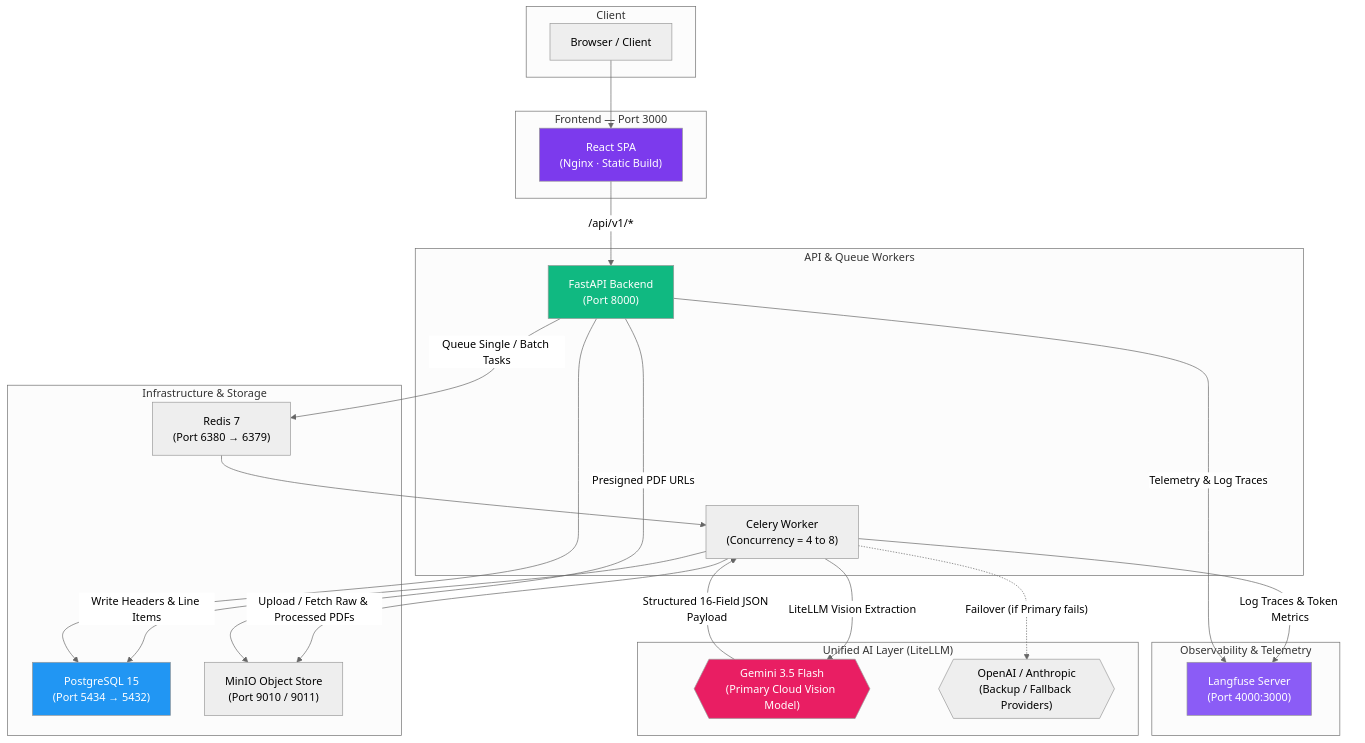
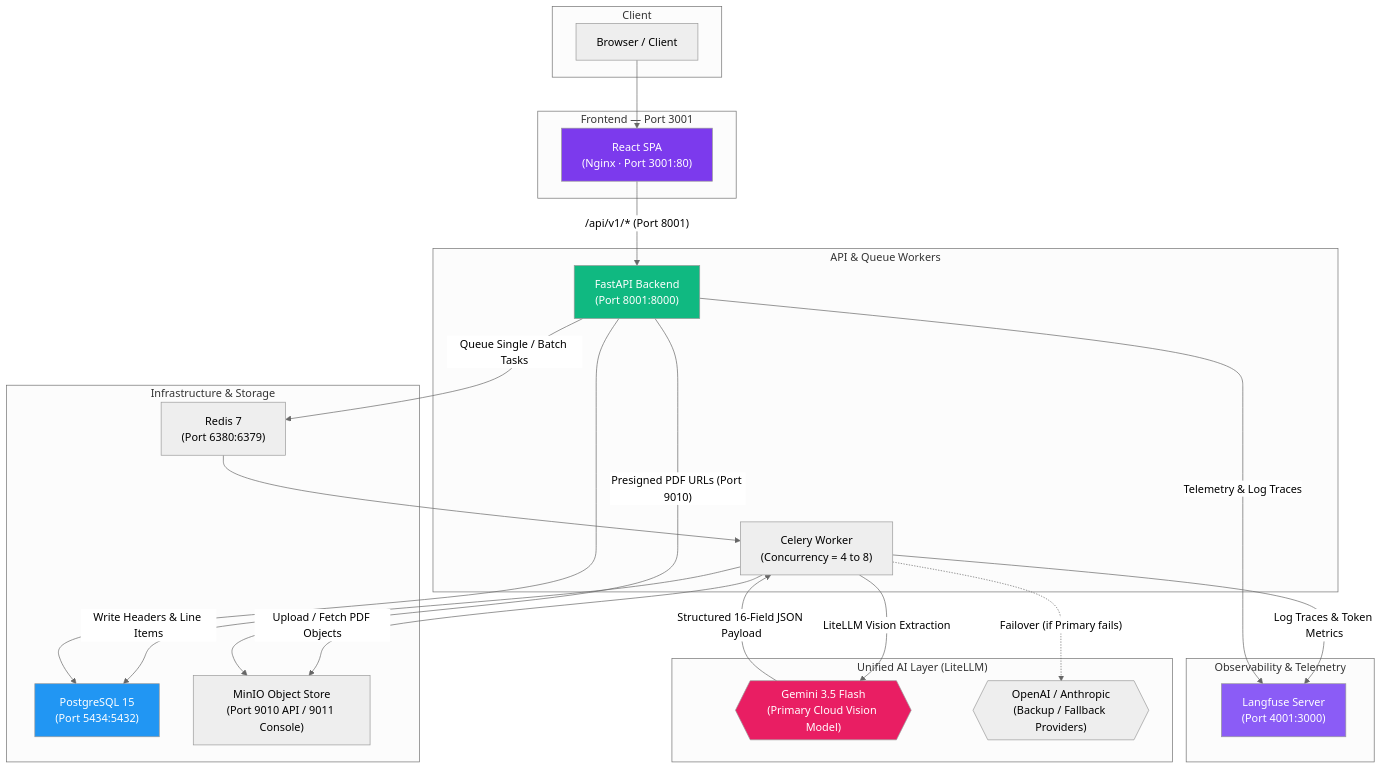
Before and after one commit to kamipakistan/Smart-Invoice-Processor: the diagram in Final_Smart_Invoice_Processor_Production_Deployment_Guide.md, drawn with Mermaid (neutral theme). The commit also changed other lines of this file and 4 other files, not shown here.

````diff
--- a/Final_Smart_Invoice_Processor_Production_Deployment_Guide.md
+++ b/Final_Smart_Invoice_Processor_Production_Deployment_Guide.md
@@ -49,49 +62,49 @@
 ```mermaid
 graph TD
     subgraph "Client"
         U["Browser / Client"]
     end
 
-    subgraph "Frontend — Port 3000"
-        F["React SPA<br>(Nginx · Static Build)"]
+    subgraph "Frontend — Port 3001"
+        F["React SPA<br>(Nginx · Port 3001:80)"]
     end
 
     subgraph "API & Queue Workers"
-        API["FastAPI Backend<br>(Port 8000)"]
+        API["FastAPI Backend<br>(Port 8001:8000)"]
         C["Celery Worker<br>(Concurrency = 4 to 8)"]
     end
 
     subgraph "Observability & Telemetry"
-        LF["Langfuse Server<br>(Port 4000:3000)"]
+        LF["Langfuse Server<br>(Port 4001:3000)"]
     end
 
     subgraph "Infrastructure & Storage"
-        PG["PostgreSQL 15<br>(Port 5434 → 5432)"]
-        RD["Redis 7<br>(Port 6380 → 6379)"]
-        MN["MinIO Object Store<br>(Port 9010 / 9011)"]
+        PG["PostgreSQL 15<br>(Port 5434:5432)"]
+        RD["Redis 7<br>(Port 6380:6379)"]
+        MN["MinIO Object Store<br>(Port 9010 API / 9011 Console)"]
     end
 
     subgraph "Unified AI Layer (LiteLLM)"
         GM{{"Gemini 3.5 Flash<br>(Primary Cloud Vision Model)"}}
         OAI{{"OpenAI / Anthropic<br>(Backup / Fallback Providers)"}}
     end
 
     U --> F
-    F -->|"/api/v1/*"| API
+    F -->|"/api/v1/* (Port 8001)"| API
     API -->|"Queue Single / Batch Tasks"| RD --> C
-    C -->|"Upload / Fetch Raw & Processed PDFs"| MN
+    C -->|"Upload / Fetch PDF Objects"| MN
     C -->|"LiteLLM Vision Extraction"| GM
     C -.->|"Failover (if Primary fails)"| OAI
     GM -->|"Structured 16-Field JSON Payload"| C
     C -->|"Log Traces & Token Metrics"| LF
     API -->|"Telemetry & Log Traces"| LF
     C -->|"Write Headers & Line Items"| PG
     API --> PG
-    API -->|"Presigned PDF URLs"| MN
+    API -->|"Presigned PDF URLs (Port 9010)"| MN
 
     style GM fill:#E91E63,color:#fff
     style LF fill:#8B5CF6,color:#fff
     style F fill:#7C3AED,color:#fff
     style PG fill:#2196F3,color:#fff
     style API fill:#10b981,color:#fff
 ```
````
